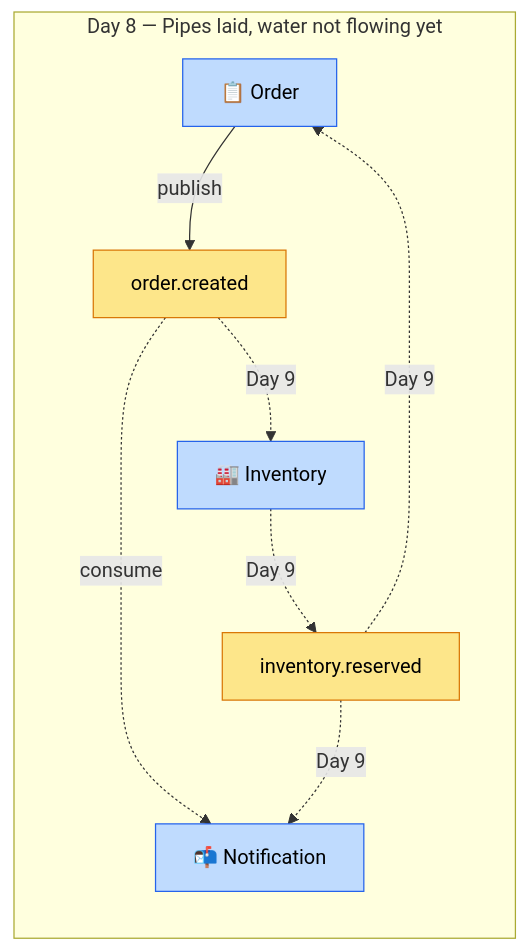
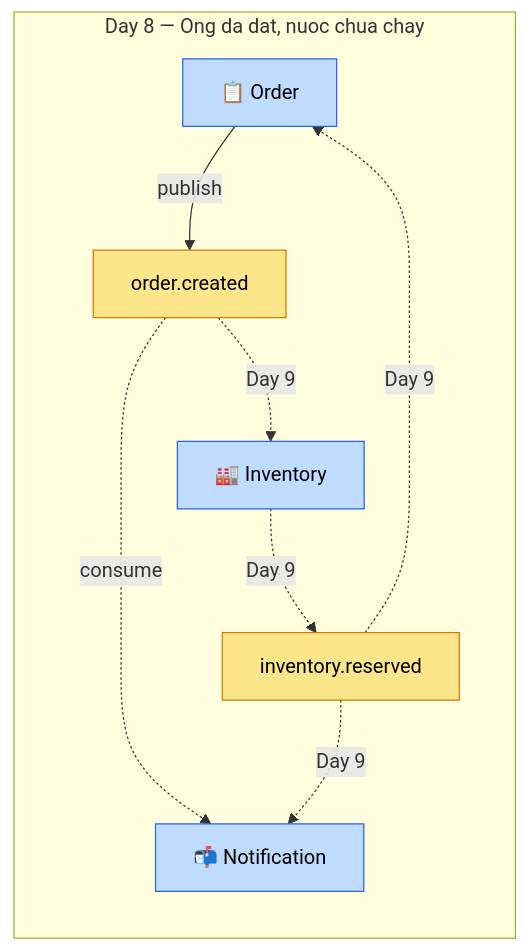
Before and after one commit to codevuichamcom/ecommerce-platform: the diagram in docs/evolution/08-duong-ong-ngam.md, drawn with Mermaid. The commit also changed other lines of this file and 17 other files, not shown here.

````diff
--- a/docs/evolution/08-duong-ong-ngam.md
+++ b/docs/evolution/08-duong-ong-ngam.md
@@ -157,19 +211,19 @@
 ```mermaid
 graph LR
-    subgraph "Day 8 — Pipes laid, water not flowing yet"
+    subgraph "Day 8 — Ong da dat, nuoc chua chay"
         Order[📋 Order] -->|publish| T1[order.created]
         T1 -.->|consume| Notif[📬 Notification]
         T1 -.->|Day 9| Inv[🏭 Inventory]
 
         Inv -.->|Day 9| T2[inventory.reserved]
         T2 -.->|Day 9| Order
         T2 -.->|Day 9| Notif
     end
 
     classDef topic fill:#fde68a,stroke:#d97706,color:#000
     classDef service fill:#bfdbfe,stroke:#2563eb,color:#000
     classDef future fill:#e5e7eb,stroke:#6b7280,color:#000
 
     class T1,T2 topic
     class Order,Notif,Inv service
 ```
````
